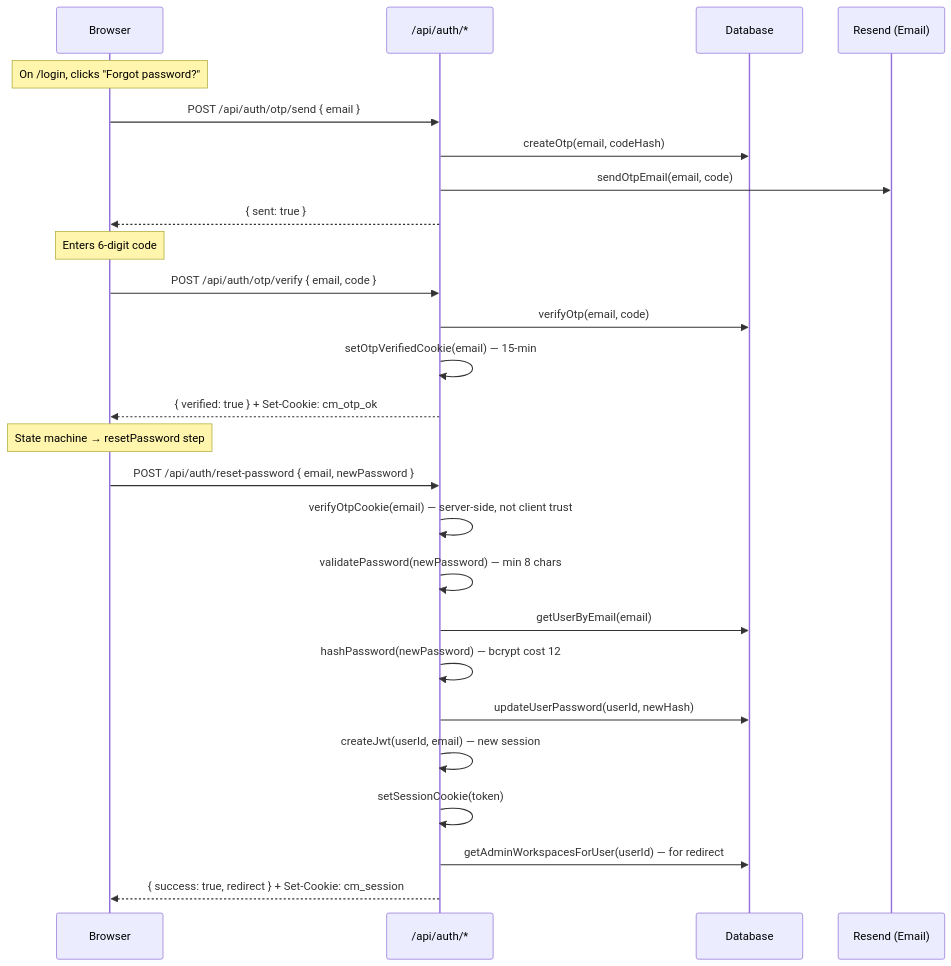
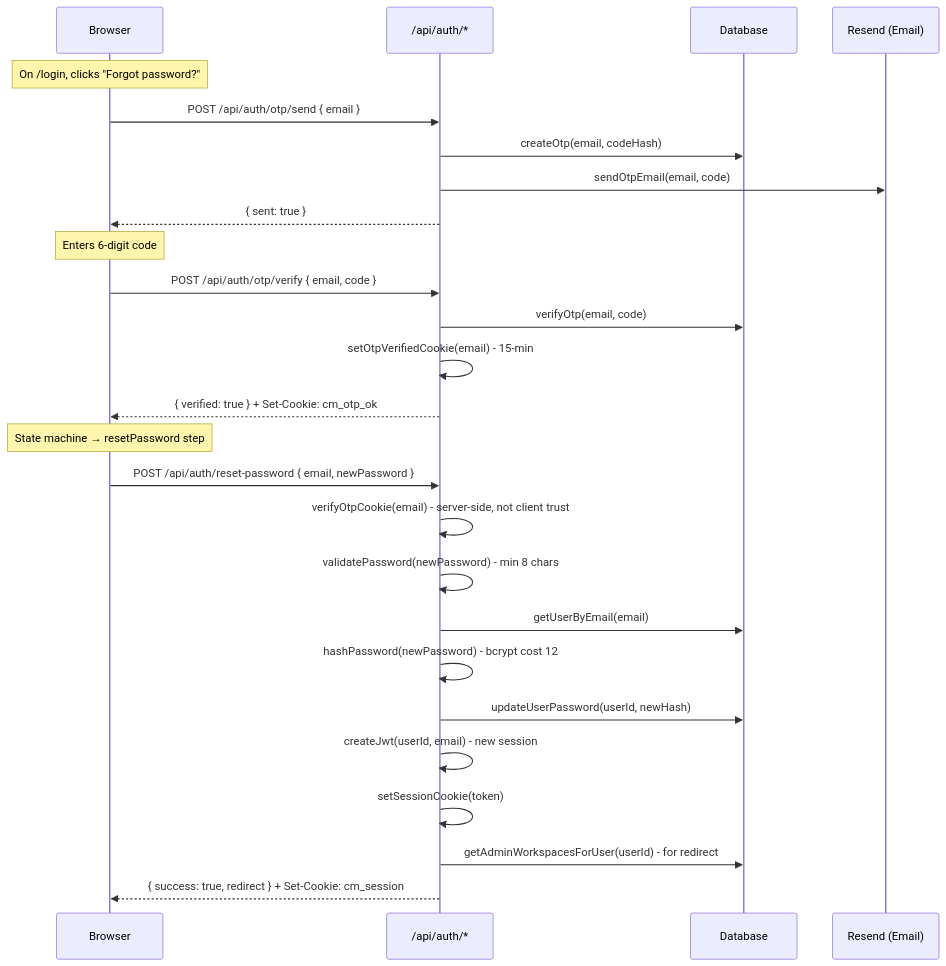
The fourth of 6 diagrams in docs/architecture/auth-flow.md (ksharma20/checkmark), drawn with Mermaid before and after one commit. The commit also changed other lines of this file and 75 other files, not shown here.

````diff
--- a/docs/architecture/auth-flow.md
+++ b/docs/architecture/auth-flow.md
@@ -116,34 +116,34 @@
 ```mermaid
 sequenceDiagram
   participant U as Browser
   participant A as /api/auth/*
   participant DB as Database
   participant E as Resend (Email)
 
   Note over U: On /login, clicks "Forgot password?"
 
   U->>A: POST /api/auth/otp/send { email }
   A->>DB: createOtp(email, codeHash)
   A->>E: sendOtpEmail(email, code)
   A-->>U: { sent: true }
 
   Note over U: Enters 6-digit code
 
   U->>A: POST /api/auth/otp/verify { email, code }
   A->>DB: verifyOtp(email, code)
-  A->>A: setOtpVerifiedCookie(email) — 15-min
+  A->>A: setOtpVerifiedCookie(email) - 15-min
   A-->>U: { verified: true } + Set-Cookie: cm_otp_ok
 
   Note over U: State machine → resetPassword step
 
   U->>A: POST /api/auth/reset-password { email, newPassword }
-  A->>A: verifyOtpCookie(email) — server-side, not client trust
-  A->>A: validatePassword(newPassword) — min 8 chars
+  A->>A: verifyOtpCookie(email) - server-side, not client trust
+  A->>A: validatePassword(newPassword) - min 8 chars
   A->>DB: getUserByEmail(email)
-  A->>A: hashPassword(newPassword) — bcrypt cost 12
+  A->>A: hashPassword(newPassword) - bcrypt cost 12
   A->>DB: updateUserPassword(userId, newHash)
-  A->>A: createJwt(userId, email) — new session
+  A->>A: createJwt(userId, email) - new session
   A->>A: setSessionCookie(token)
-  A->>DB: getAdminWorkspacesForUser(userId) — for redirect
+  A->>DB: getAdminWorkspacesForUser(userId) - for redirect
   A-->>U: { success: true, redirect } + Set-Cookie: cm_session
 ```
````
